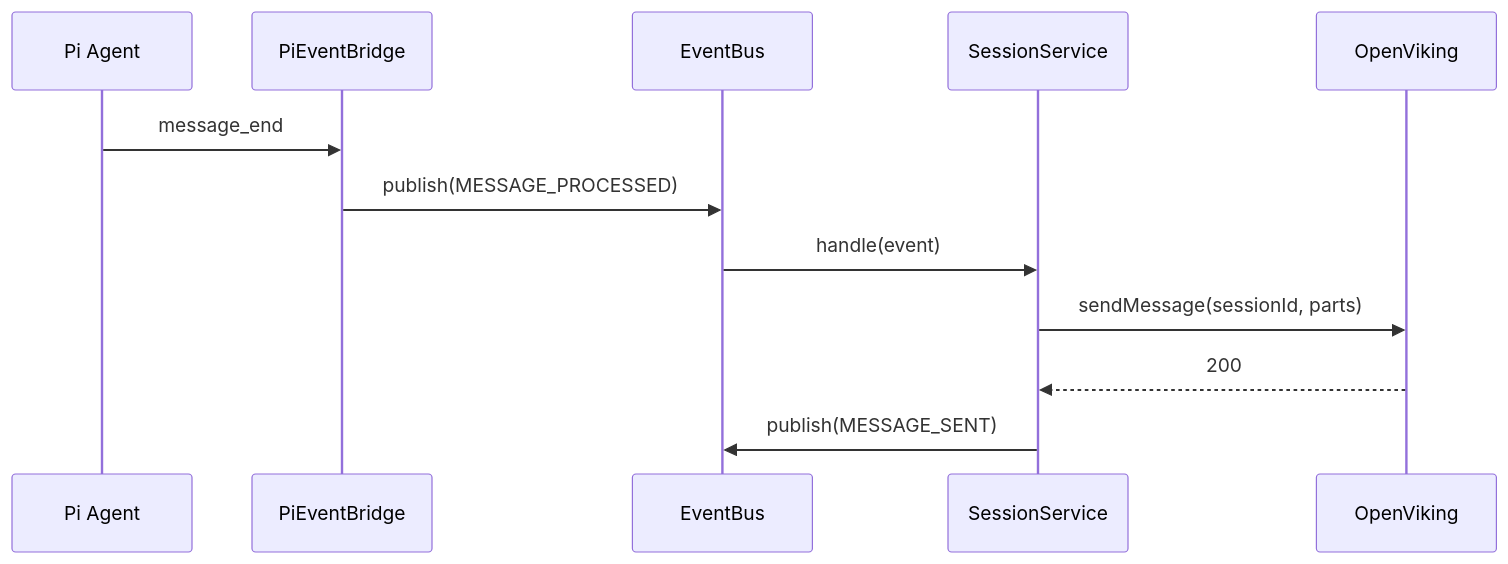
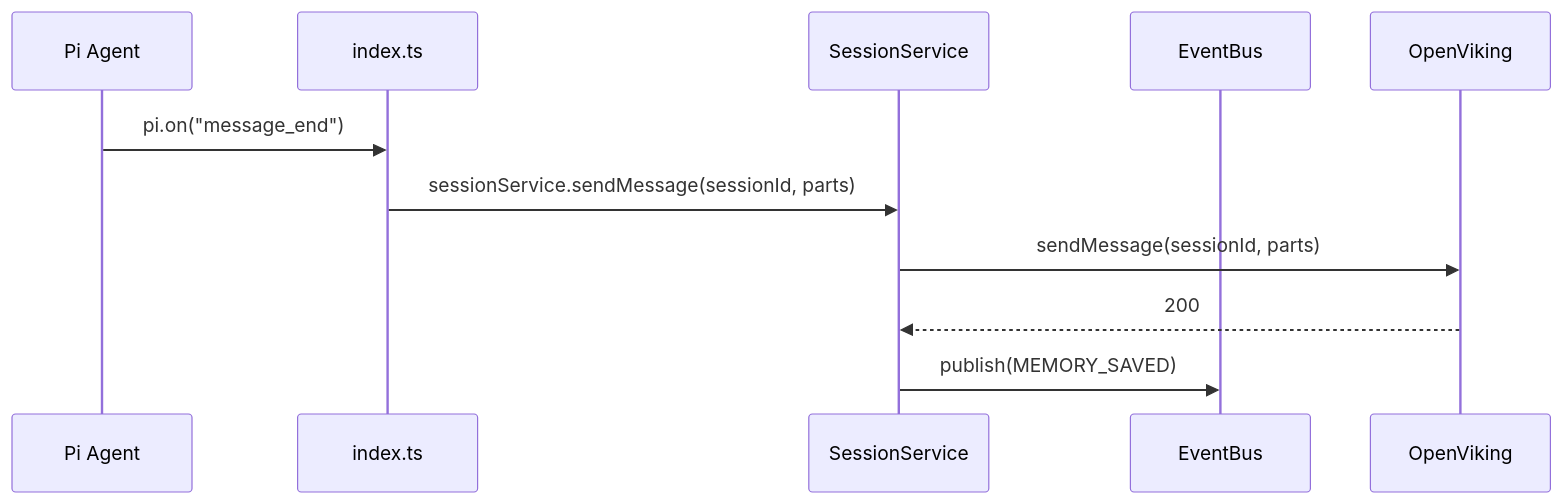
One commit to 4cya/pi-openviking changed the third of 4 diagrams in docs/01-ARQUITETURA.md. Above: the diagram before and after it, drawn with Mermaid. The commit also changed other lines of this file and 14 other files, not shown here.

````diff
--- a/docs/01-ARQUITETURA.md
+++ b/docs/01-ARQUITETURA.md
@@ -242,15 +381,14 @@
 ```mermaid
 sequenceDiagram
     participant Pi as Pi Agent
-    participant Bridge as PiEventBridge
+    participant Index as index.ts
+    participant Svc as SessionService
     participant Bus as EventBus
-    participant Svc as SessionService
     participant OV as OpenViking
 
-    Pi->>Bridge: message_end
-    Bridge->>Bus: publish(MESSAGE_PROCESSED)
-    Bus->>Svc: handle(event)
+    Pi->>Index: pi.on("message_end")
+    Index->>Svc: sessionService.sendMessage(sessionId, parts)
     Svc->>OV: sendMessage(sessionId, parts)
     OV-->>Svc: 200
-    Svc->>Bus: publish(MESSAGE_SENT)
+    Svc->>Bus: publish(MEMORY_SAVED)
 ```
````
